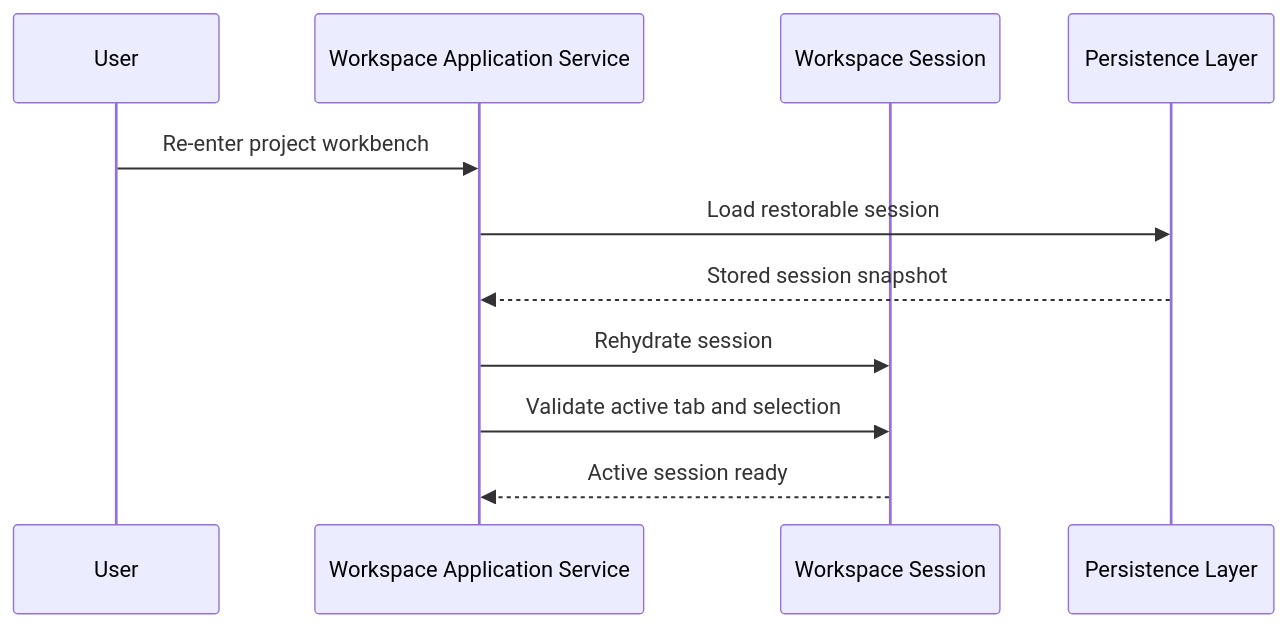
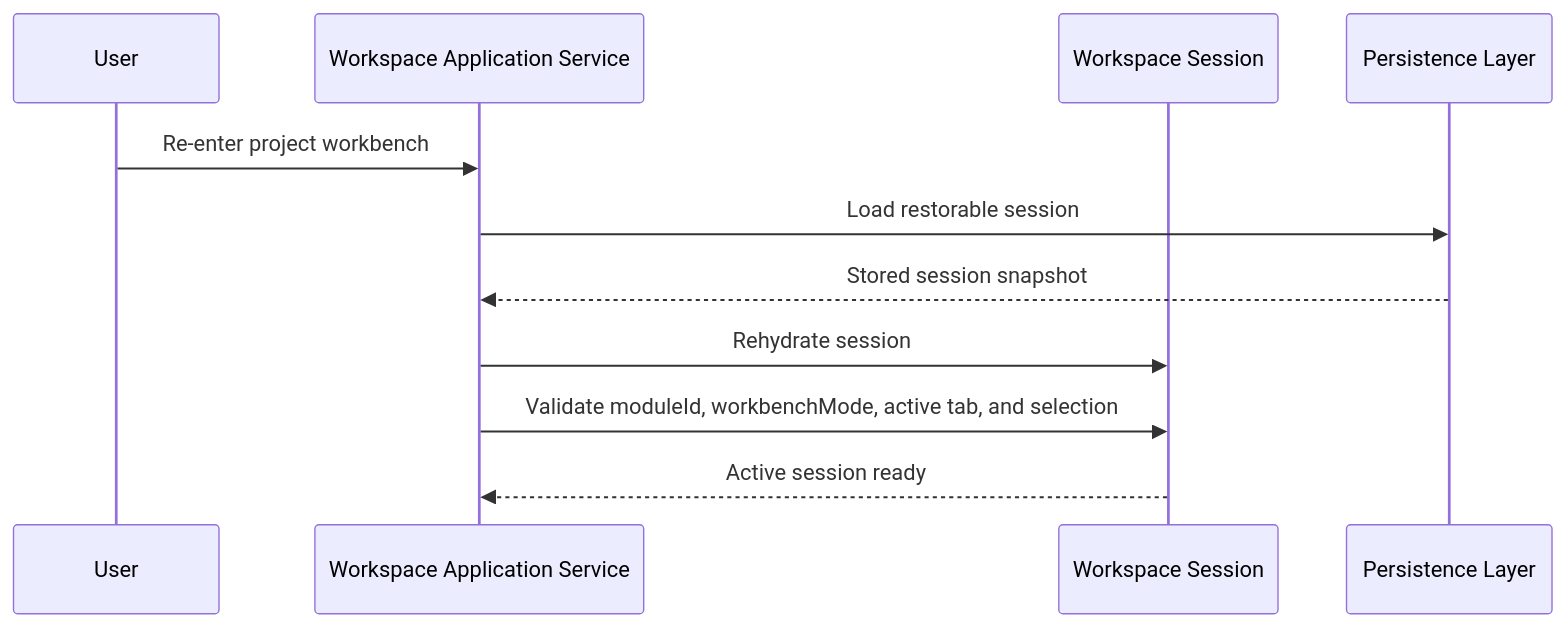
One commit to dunay2/dvt changed the third of 3 diagrams in docs/architecture/frontend/workspace/session/workspace-session-model-specification.md. Above: the diagram before and after it, drawn with Mermaid. The commit also changed other lines of this file and 21 other files, not shown here.

Commit message:
docs(docs): Document frontend architecture baseline and deepening plan

````diff
--- a/docs/architecture/frontend/workspace/session/workspace-session-model-specification.md
+++ b/docs/architecture/frontend/workspace/session/workspace-session-model-specification.md
@@ -379,14 +450,14 @@
 ```mermaid
 sequenceDiagram
     participant U as User
     participant W as Workspace Application Service
     participant S as Workspace Session
     participant P as Persistence Layer
 
     U->>W: Re-enter project workbench
     W->>P: Load restorable session
     P-->>W: Stored session snapshot
     W->>S: Rehydrate session
-    W->>S: Validate active tab and selection
+    W->>S: Validate moduleId, workbenchMode, active tab, and selection
     S-->>W: Active session ready
 ```
````
